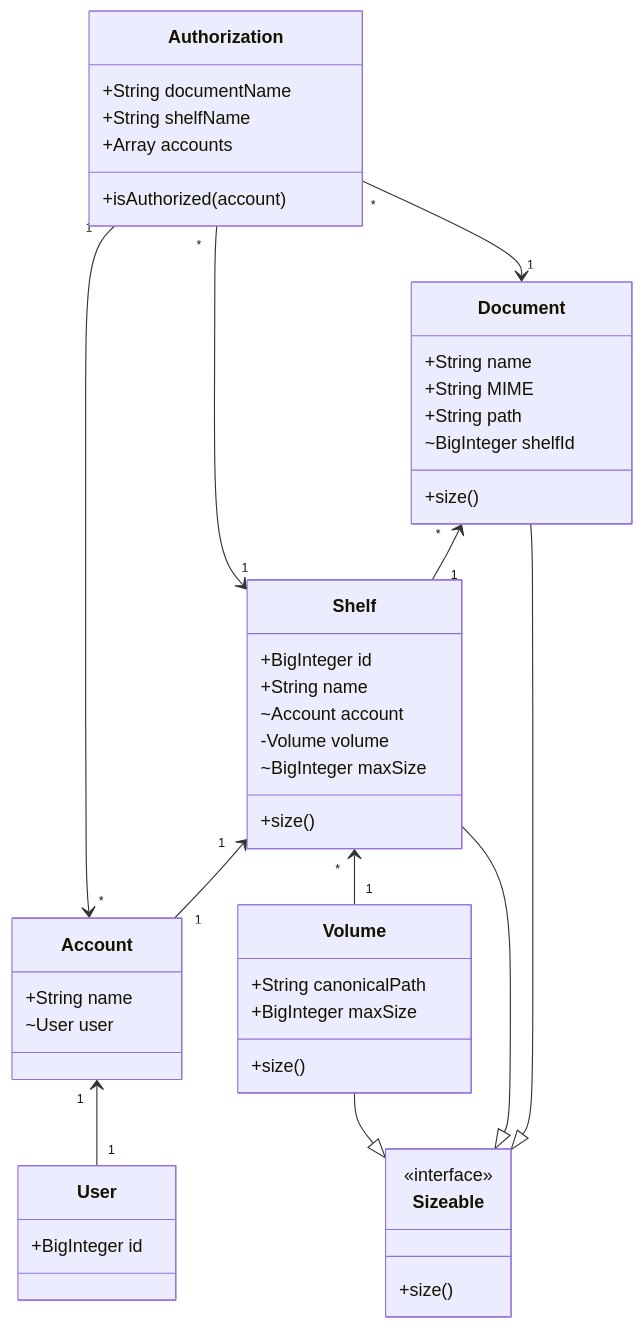
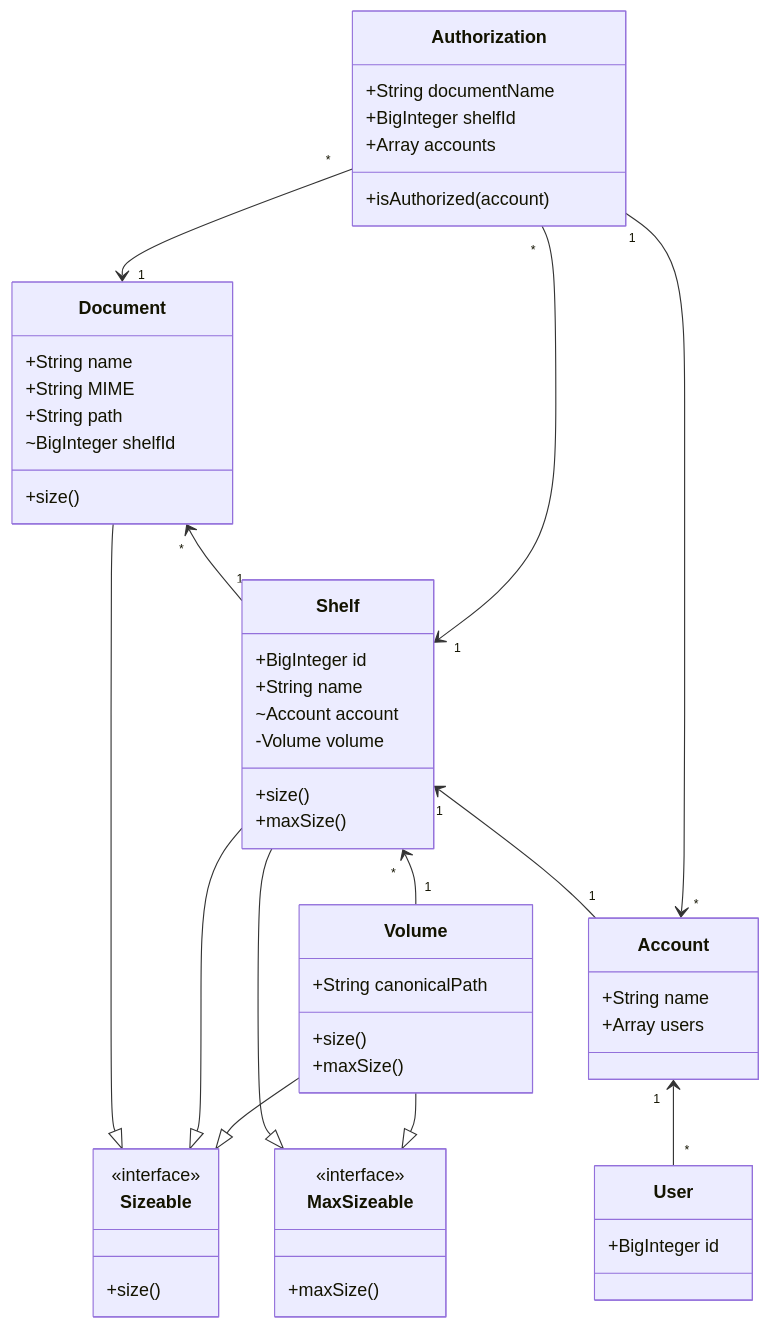
Before and after one commit to hollywoodpanda/chai4: the diagram in README.md, drawn with Mermaid. The commit also changed 16 other files, not shown here.

````diff
--- a/README.md
+++ b/README.md
@@ -37,50 +37,56 @@
 ```mermaid
 classDiagram
 	class Sizeable
 	<<interface>> Sizeable
 	Sizeable : +size()
 	
+	class MaxSizeable
+	<<interface>> MaxSizeable
+	MaxSizeable : +maxSize()
+	
 	class Volume
 	Volume : +String canonicalPath
-	Volume : +BigInteger maxSize
 	Volume: +size()
+	Volume: +maxSize()
 	Volume --|> Sizeable
+	Volume --|> MaxSizeable
 	
 	class Authorization
 	Authorization : +String documentName
-	Authorization : +String shelfName
+	Authorization : +BigInteger shelfId
 	Authorization : +Array<Account> accounts
 	Authorization : +isAuthorized(account)
     Authorization "*" --> "1" Document
     Authorization "*" --> "1" Shelf
     Authorization "1" --> "*" Account
 	
 	class User
 	User : +BigInteger id
 	class Account
 	Account : +String name
-	Account : ~User user
-	Account "1" <-- "1" User
+	Account : +Array<User> users
+	Account "1" <-- "*" User
 	
 	class Shelf
 	Shelf : +BigInteger id
 	Shelf : +String name
 	Shelf : ~Account account
 	Shelf : -Volume volume
-	Shelf : ~BigInteger maxSize
 	Shelf : +size()
+	Shelf : +maxSize()
 	Shelf "1" <-- "1" Account
 	Shelf "*" <-- "1" Volume
 	Shelf --|> Sizeable
+	Shelf --|> MaxSizeable
 	
 	class Document
 	Document : +String name <!-- A name must be exclusive inside a Shelf -->
 	Document : +String MIME
 	Document : +String path <!-- The directory structure for the file, inside the Shelf root directory -->
 	Document : ~BigInteger shelfId
 	Document : +size()
 	Document "*" <-- "1" Shelf
 	Document --|> Sizeable
 	
 	
 ```
````
